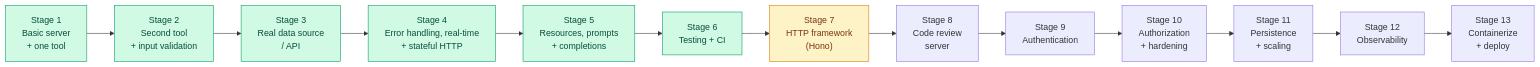
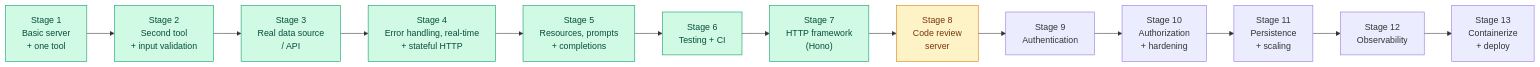
The diagram in README.md (shadmaanAsif/MCP-Explorer), drawn with Mermaid before and after one commit. The commit also changed other lines of this file and 15 other files, not shown here.

````diff
--- a/README.md
+++ b/README.md
@@ -73,20 +74,20 @@
 ```mermaid
 flowchart LR
     S1["Stage 1<br/>Basic server<br/>+ one tool"] --> S2["Stage 2<br/>Second tool<br/>+ input validation"]
     S2 --> S3["Stage 3<br/>Real data source<br/>/ API"]
     S3 --> S4["Stage 4<br/>Error handling, real-time<br/>+ stateful HTTP"]
     S4 --> S5["Stage 5<br/>Resources, prompts<br/>+ completions"]
     S5 --> S6["Stage 6<br/>Testing + CI"]
     S6 --> S7["Stage 7<br/>HTTP framework<br/>(Hono)"]
     S7 --> S8["Stage 8<br/>Code review<br/>server"]
     S8 --> S9["Stage 9<br/>Authentication"]
     S9 --> S10["Stage 10<br/>Authorization<br/>+ hardening"]
     S10 --> S11["Stage 11<br/>Persistence<br/>+ scaling"]
     S11 --> S12["Stage 12<br/>Observability"]
     S12 --> S13["Stage 13<br/>Containerize<br/>+ deploy"]
 
     classDef built fill:#d1fae5,stroke:#059669,color:#064e3b
     classDef current fill:#fef3c7,stroke:#d97706,color:#78350f
-    class S1,S2,S3,S4,S5,S6 built
-    class S7 current
+    class S1,S2,S3,S4,S5,S6,S7 built
+    class S8 current
 ```
````
